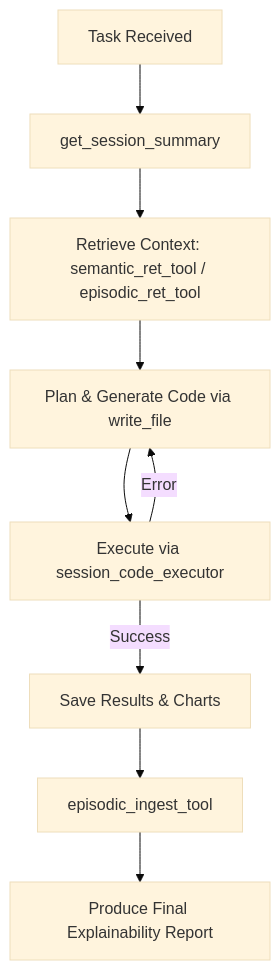
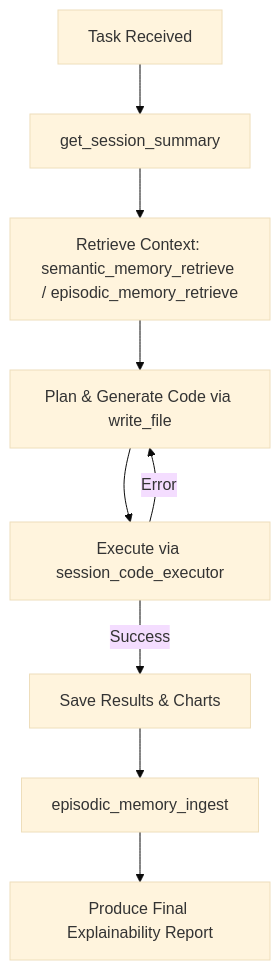
One commit to phanijapps/kratos_v2 changed the diagram in kratos/subagents/prompts/number_nerd.md. Above: the diagram before and after it, drawn with Mermaid (base theme). The commit also changed other lines of this file and 7 other files, not shown here.

````diff
--- a/kratos/subagents/prompts/number_nerd.md
+++ b/kratos/subagents/prompts/number_nerd.md
@@ -142,11 +152,11 @@
 ```mermaid
 graph TD
     A[Task Received] --> B[get_session_summary]
-    B --> C[Retrieve Context: semantic_ret_tool / episodic_ret_tool]
+    B --> C[Retrieve Context: semantic_memory_retrieve / episodic_memory_retrieve]
     C --> D[Plan & Generate Code via write_file]
     D --> E[Execute via session_code_executor]
     E -->|Error| D
     E -->|Success| F[Save Results & Charts]
-    F --> G[episodic_ingest_tool]
+    F --> G[episodic_memory_ingest]
     G --> H[Produce Final Explainability Report]
 ```
````
